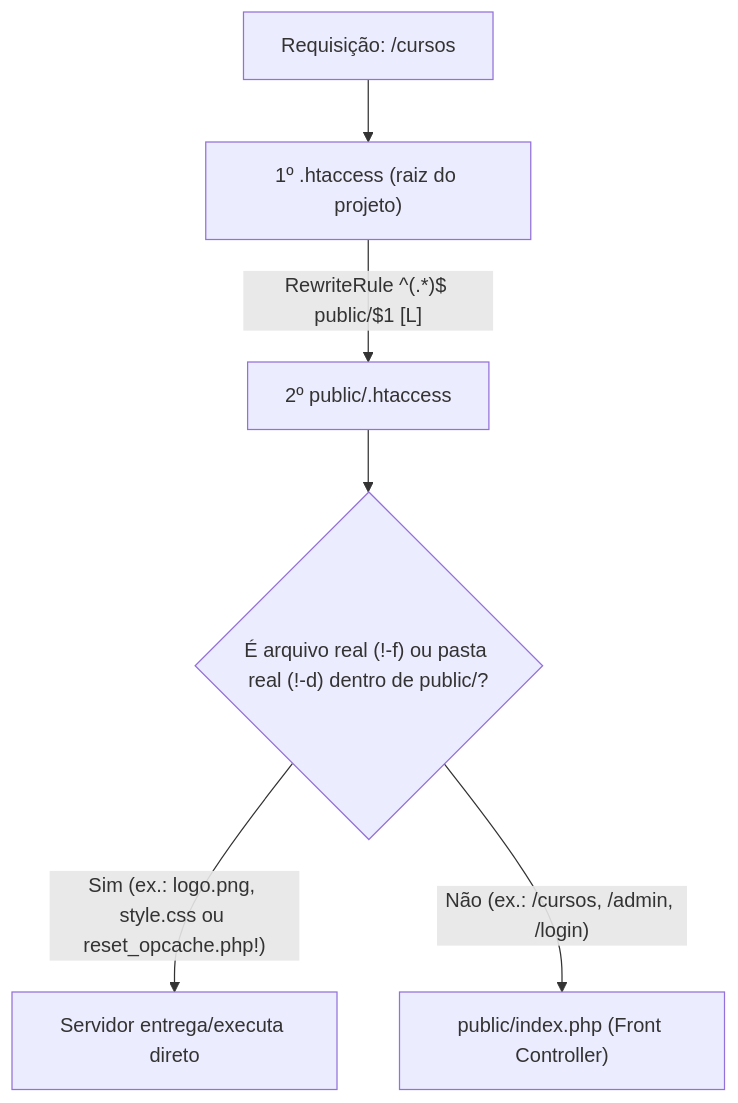
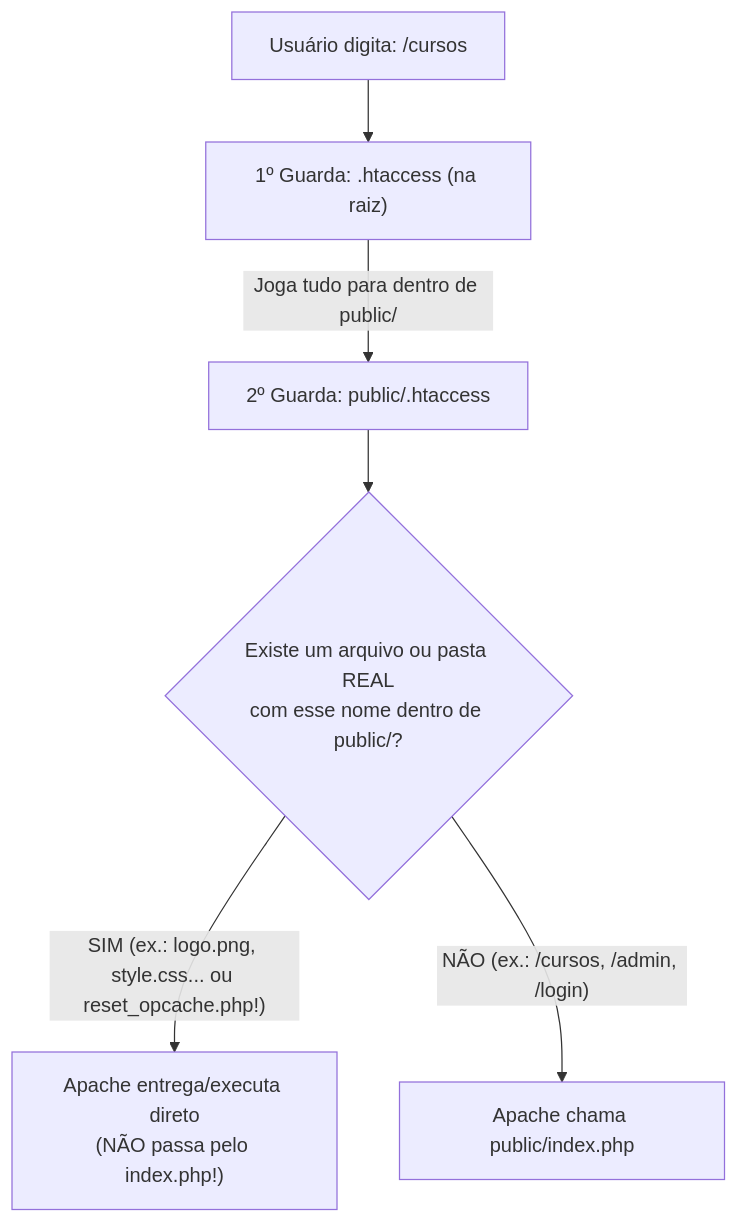
One commit to hadelrachid/domain-system changed the diagram in docs/documentacao-sistema/01-start-servidor.md. Above: the diagram before and after it, drawn with Mermaid. The commit also changed other lines of this file and 3 other files, not shown here.

````diff
--- a/docs/documentacao-sistema/01-start-servidor.md
+++ b/docs/documentacao-sistema/01-start-servidor.md
@@ -13,8 +24,8 @@
 ```mermaid
 flowchart TD
-    U["Requisição: /cursos"] --> H1["1º .htaccess (raiz do projeto)"]
-    H1 -- "RewriteRule ^(.*)$ public/$1 [L]" --> H2["2º public/.htaccess"]
-    H2 --> CHECK{"É arquivo real (!-f) ou pasta real (!-d) dentro de public/?"}
-    CHECK -- "Sim (ex.: logo.png, style.css ou reset_opcache.php!)" --> DIRECT["Servidor entrega/executa direto"]
-    CHECK -- "Não (ex.: /cursos, /admin, /login)" --> IDX["public/index.php (Front Controller)"]
+    U["Usuário digita: /cursos"] --> H1["1º Guarda: .htaccess (na raiz)"]
+    H1 -- "Joga tudo para dentro de public/" --> H2["2º Guarda: public/.htaccess"]
+    H2 --> Q{"Existe um arquivo ou pasta REAL<br/>com esse nome dentro de public/?"}
+    Q -- "SIM (ex.: logo.png, style.css... ou reset_opcache.php!)" --> DIR["Apache entrega/executa direto<br/>(NÃO passa pelo index.php!)"]
+    Q -- "NÃO (ex.: /cursos, /admin, /login)" --> IDX["Apache chama public/index.php"]
 ```
````
